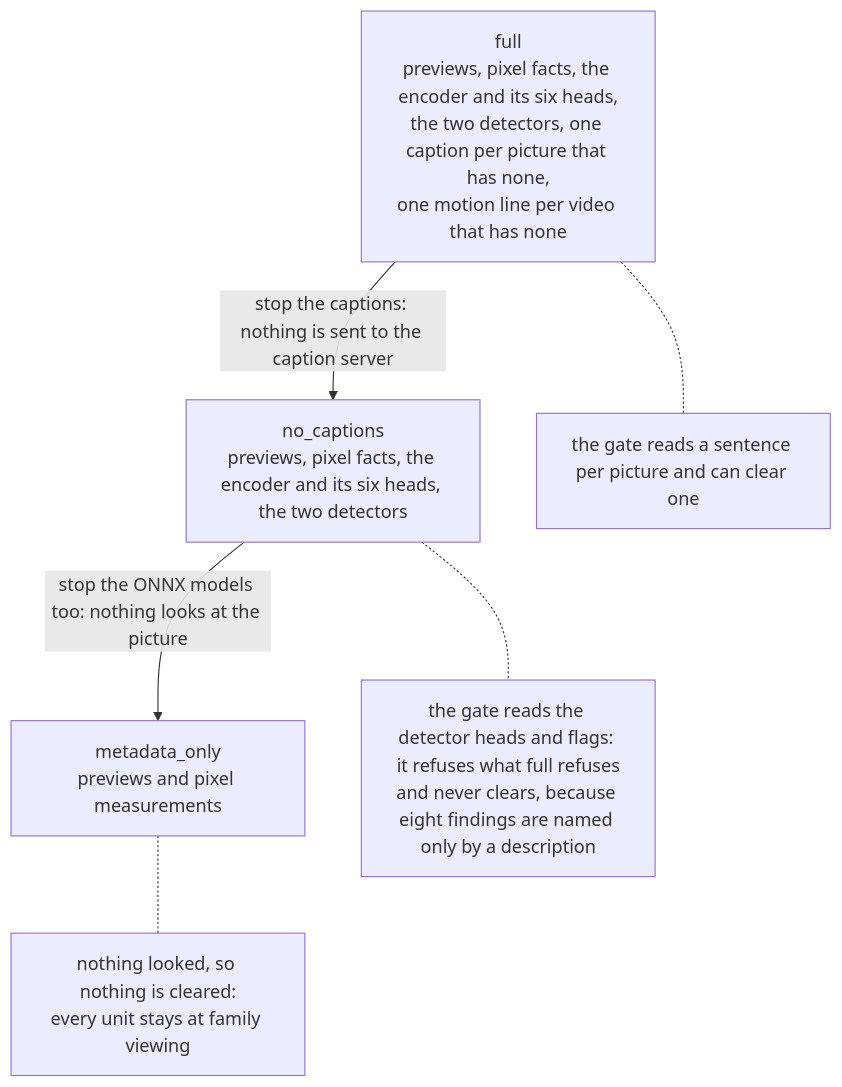
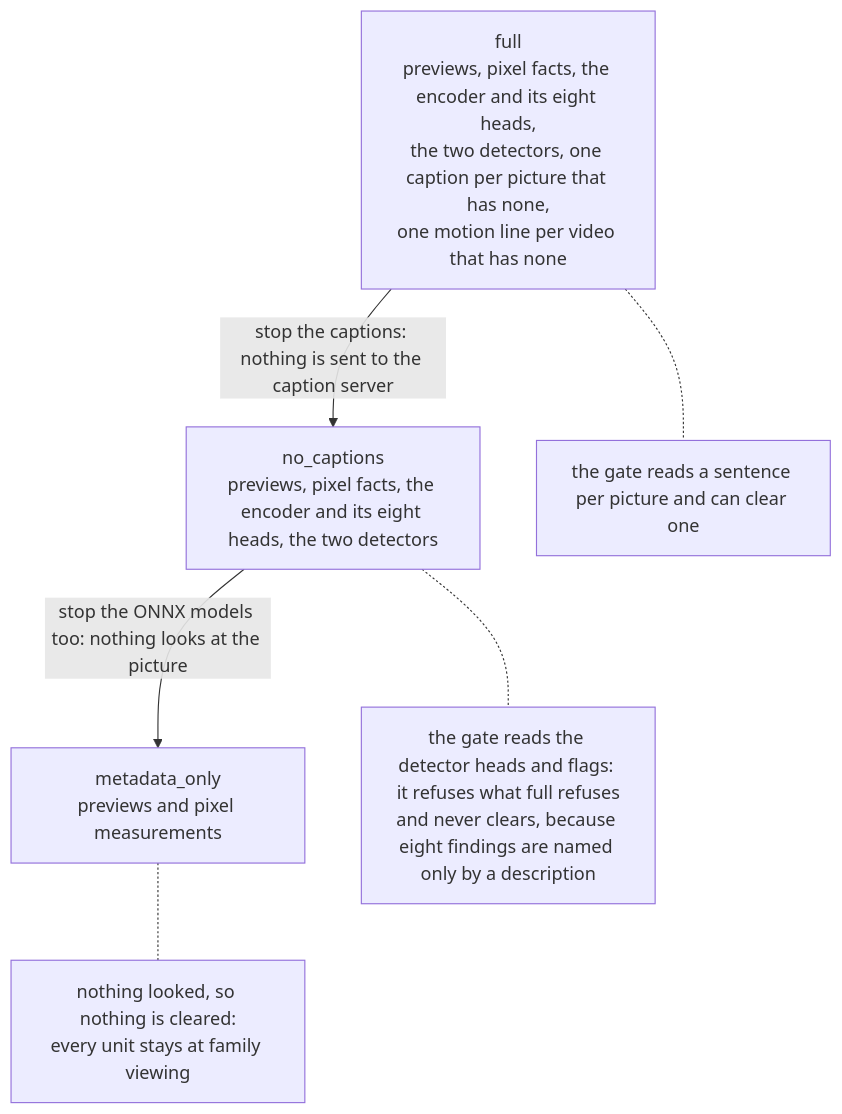
Before and after one commit to chenzeyan54-commits/immich-video-memory-generator: the diagram in docs-site/docs/deploy/configuration/editorial-preparation.md, drawn with Mermaid. The commit also changed other lines of this file and 80 other files, not shown here.

First line of the commit message:
feat(triage): three heads distilled from a picture reader, and swim retired (#1143) (#1144)

````diff
--- a/docs-site/docs/deploy/configuration/editorial-preparation.md
+++ b/docs-site/docs/deploy/configuration/editorial-preparation.md
@@ -25,12 +25,12 @@
 ```mermaid
 flowchart TB
-    full["full<br/>previews, pixel facts, the encoder and its six heads,<br/>the two detectors, one caption per picture that has none,<br/>one motion line per video that has none"]
+    full["full<br/>previews, pixel facts, the encoder and its eight heads,<br/>the two detectors, one caption per picture that has none,<br/>one motion line per video that has none"]
     full -->|"stop the captions: nothing is sent to the caption server"| nocap
-    nocap["no_captions<br/>previews, pixel facts, the encoder and its six heads, the two detectors"]
+    nocap["no_captions<br/>previews, pixel facts, the encoder and its eight heads, the two detectors"]
     nocap -->|"stop the ONNX models too: nothing looks at the picture"| meta
     meta["metadata_only<br/>previews and pixel measurements"]
 
     full -.- fullgate["the gate reads a sentence per picture and can clear one"]
     nocap -.- nocapgate["the gate reads the detector heads and flags: it refuses what full refuses<br/>and never clears, because eight findings are named only by a description"]
     meta -.- metagate["nothing looked, so nothing is cleared:<br/>every unit stays at family viewing"]
 ```
````
